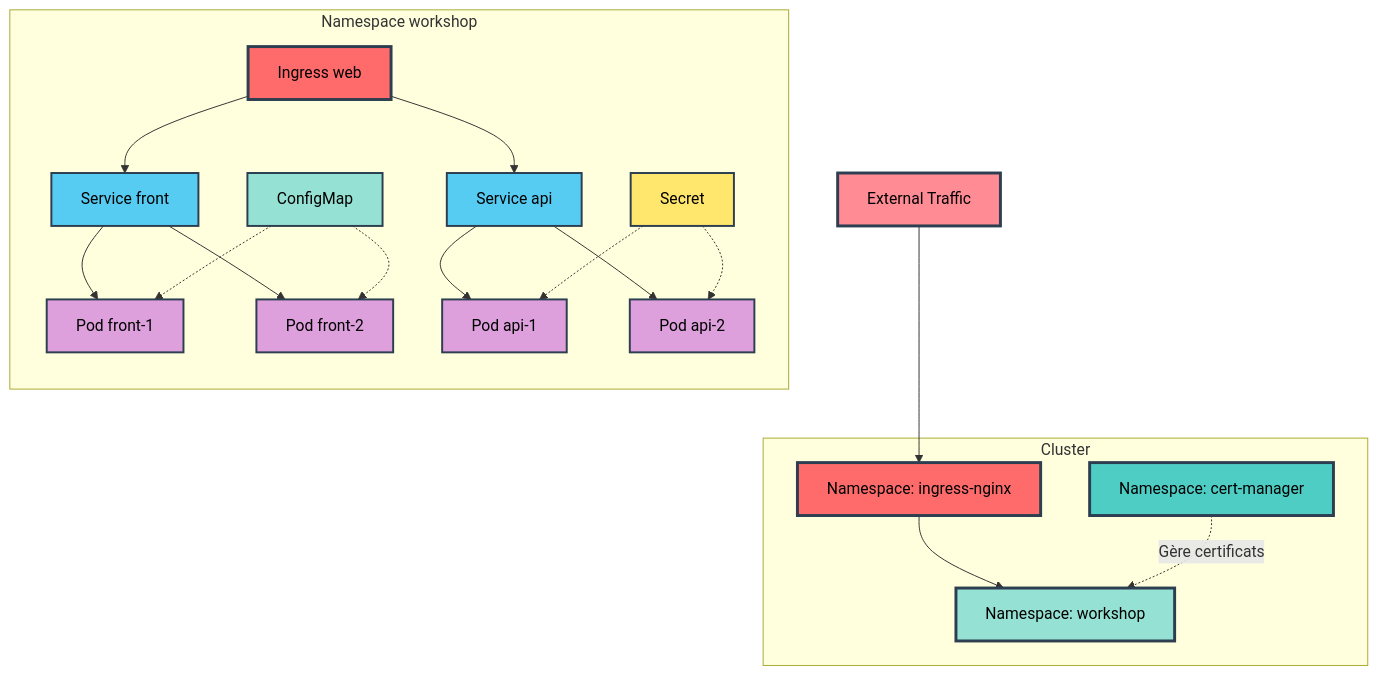
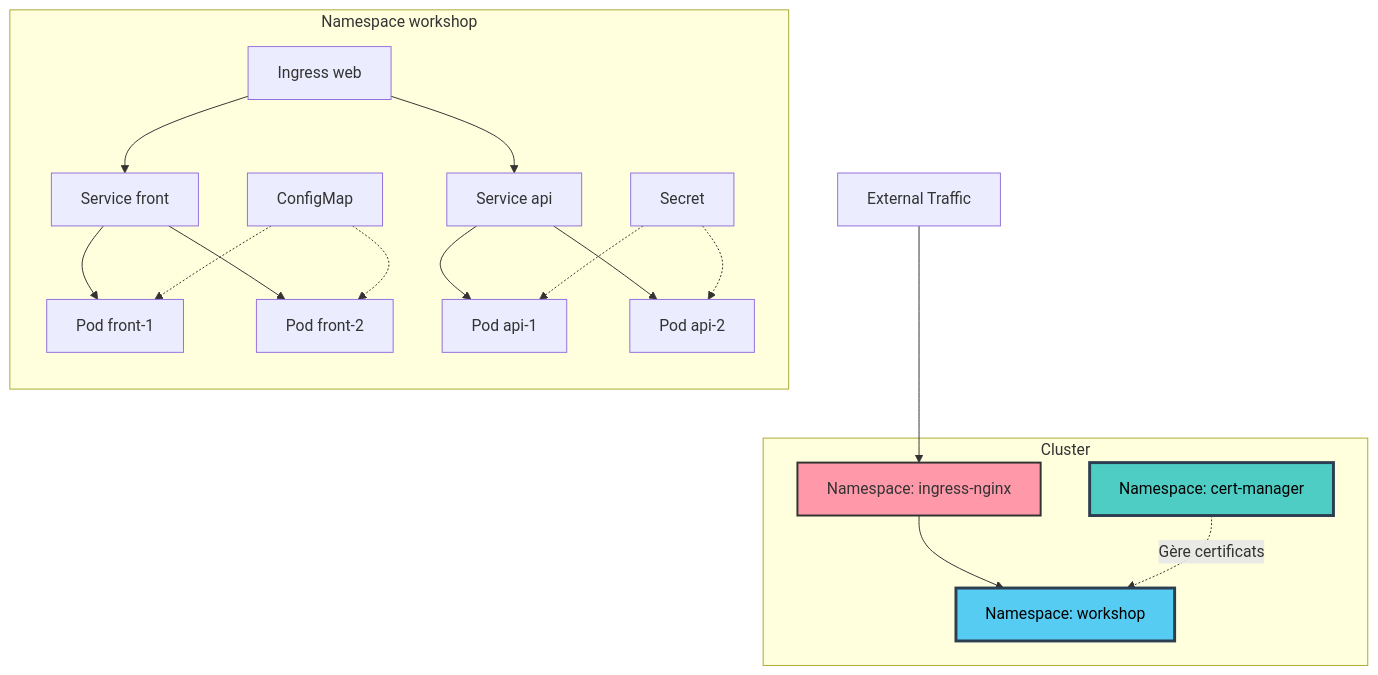
One commit to MPFabio/S4-Ingress-TLS-Config-Secrets changed the ninth of 9 diagrams in docs/ARCHITECTURE.md. Above: the diagram before and after it, drawn with Mermaid. The commit also changed other lines of this file, not shown here.

Commit message:
Application couleurs modernes sur ARCHITECTURE.md S4

````diff
--- a/docs/ARCHITECTURE.md
+++ b/docs/ARCHITECTURE.md
@@ -353,50 +327,40 @@
 ```mermaid
 flowchart TB
     subgraph Namespace workshop
         direction TB
         Ingress[Ingress web]
         SvcF[Service front]
         SvcA[Service api]
         PF1[Pod front-1]
         PF2[Pod front-2]
         PA1[Pod api-1]
         PA2[Pod api-2]
         CM[ConfigMap]
         S[Secret]
         
         Ingress --> SvcF
         Ingress --> SvcA
         SvcF --> PF1
         SvcF --> PF2
         SvcA --> PA1
         SvcA --> PA2
         CM -.-> PF1
         CM -.-> PF2
         S -.-> PA1
         S -.-> PA2
     end
     
     subgraph Cluster
         NS1[Namespace: workshop]
         NS2[Namespace: ingress-nginx]
         NS3[Namespace: cert-manager]
     end
     
     External[External Traffic] --> NS2
     NS2 --> NS1
     NS3 -.Gère certificats.-> NS1
     
-    style NS1 fill:#95E1D3,stroke:#2C3E50,stroke-width:3px,color:#000
-    style NS2 fill:#FF6B6B,stroke:#2C3E50,stroke-width:3px,color:#000
+    style NS1 fill:#56CCF2,stroke:#2C3E50,stroke-width:3px,color:#000
+    style NS2 fill:#f9a,stroke:#333,stroke-width:2px
     style NS3 fill:#4ECDC4,stroke:#2C3E50,stroke-width:3px,color:#000
-    style Ingress fill:#FF6B6B,stroke:#2C3E50,stroke-width:3px,color:#000
-    style SvcF fill:#56CCF2,stroke:#2C3E50,stroke-width:2px,color:#000
-    style SvcA fill:#56CCF2,stroke:#2C3E50,stroke-width:2px,color:#000
-    style PF1 fill:#DDA0DD,stroke:#2C3E50,stroke-width:2px,color:#000
-    style PF2 fill:#DDA0DD,stroke:#2C3E50,stroke-width:2px,color:#000
-    style PA1 fill:#DDA0DD,stroke:#2C3E50,stroke-width:2px,color:#000
-    style PA2 fill:#DDA0DD,stroke:#2C3E50,stroke-width:2px,color:#000
-    style CM fill:#95E1D3,stroke:#2C3E50,stroke-width:2px,color:#000
-    style S fill:#FFE66D,stroke:#2C3E50,stroke-width:2px,color:#000
-    style External fill:#FF8B94,stroke:#2C3E50,stroke-width:3px,color:#000
 ```
````
